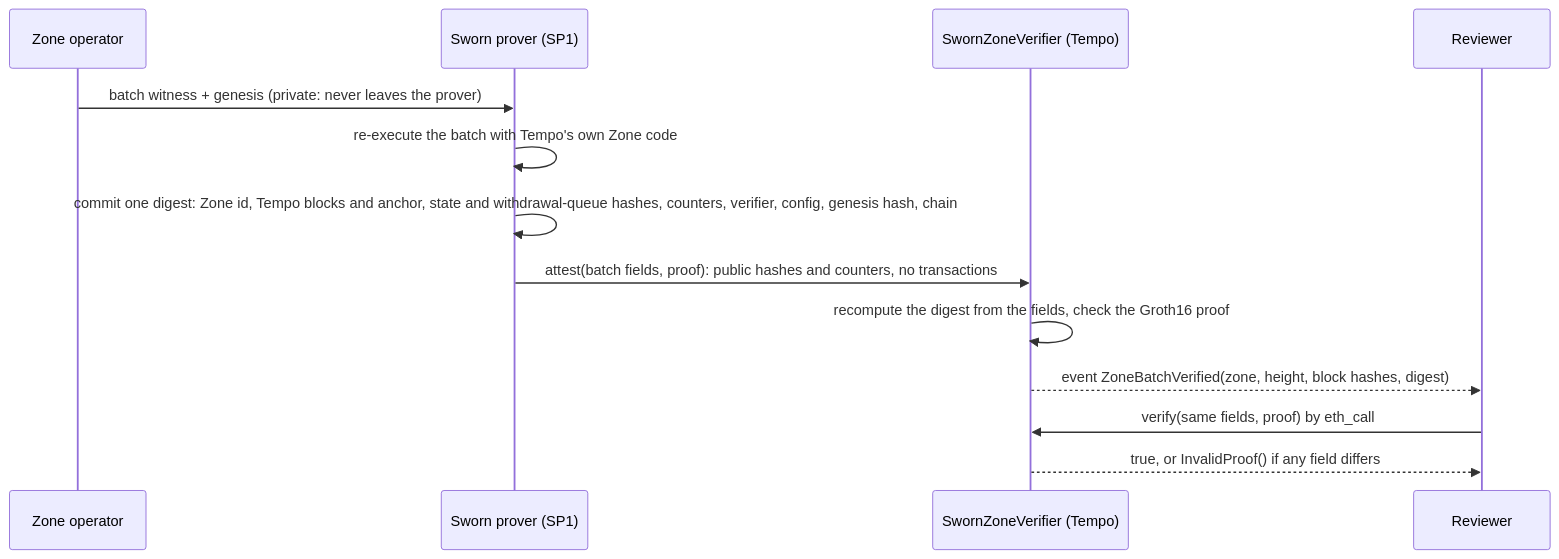
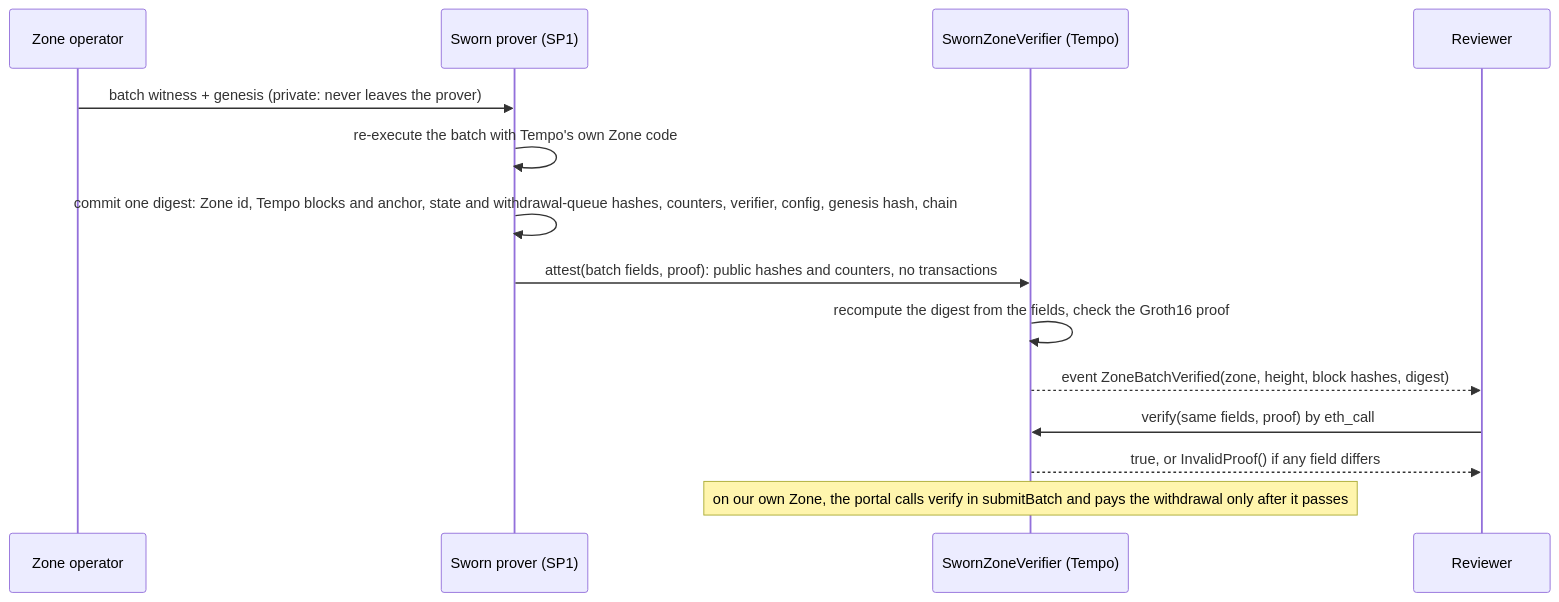
Before and after one commit to psyto/sworn: the third of 3 diagrams in README.md, drawn with Mermaid. The commit also changed other lines of this file and 2 other files, not shown here.

First line of the commit message:
README, form draft, interview prep: our own Zone's portal pays a withdrawal only after the proof

````diff
--- a/README.md
+++ b/README.md
@@ -97,15 +105,16 @@
 ```mermaid
 sequenceDiagram
   participant Op as Zone operator
   participant Pr as Sworn prover (SP1)
   participant SZV as SwornZoneVerifier (Tempo)
   participant Rv as Reviewer
   Op->>Pr: batch witness + genesis (private: never leaves the prover)
   Pr->>Pr: re-execute the batch with Tempo's own Zone code
   Pr->>Pr: commit one digest: Zone id, Tempo blocks and anchor, state and withdrawal-queue hashes, counters, verifier, config, genesis hash, chain
   Pr->>SZV: attest(batch fields, proof): public hashes and counters, no transactions
   SZV->>SZV: recompute the digest from the fields, check the Groth16 proof
   SZV-->>Rv: event ZoneBatchVerified(zone, height, block hashes, digest)
   Rv->>SZV: verify(same fields, proof) by eth_call
   SZV-->>Rv: true, or InvalidProof() if any field differs
+  Note over SZV: on our own Zone, the portal calls verify in submitBatch and pays the withdrawal only after it passes
 ```
````
